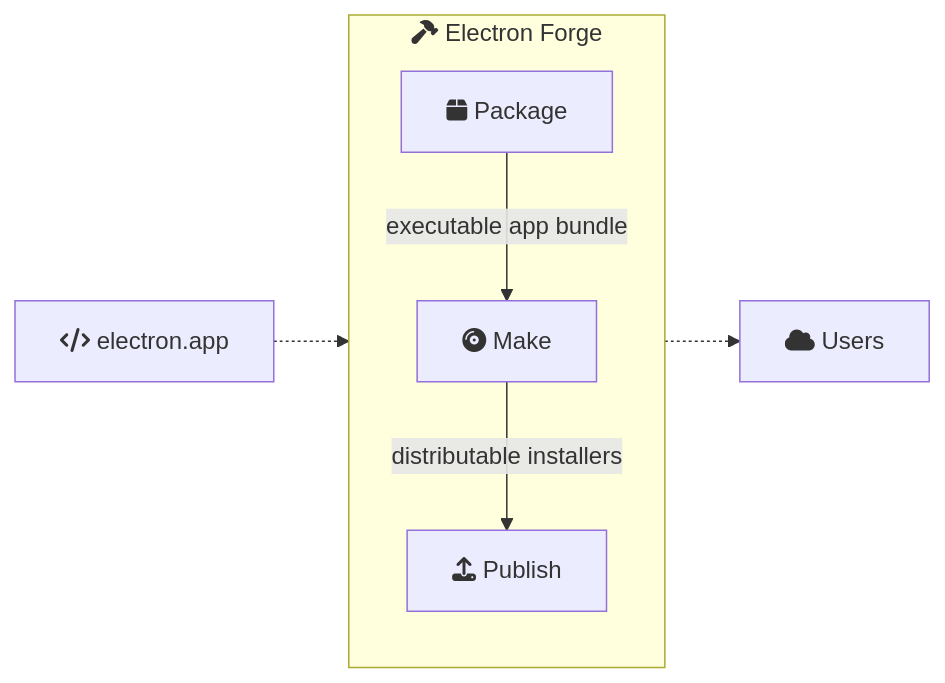
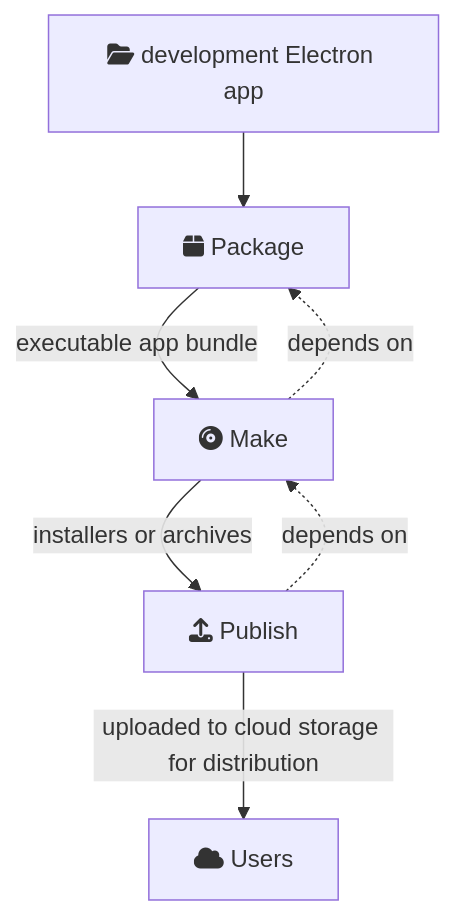
One commit to electron/forge changed the diagram in docs/core-concepts/build-lifecycle.md. Above: the diagram before and after it, drawn with Mermaid. The commit also changed 1 other file, not shown here.

Commit message:
docs: replace build lifecycle diagram image with Mermaid
Transcribes the hand-drawn build lifecycle diagram
(Untitled-2022-08-26-1442 (1).png) into the Mermaid graph in
core-concepts/build-lifecycle.md, which previously held a simplified
version of the same flow. The Mermaid version adds the artifact labels on
each edge and the dashed "depends on" edges that show the cascading build
steps, and drops the leftover GitBook `fullWidth="false"` fence attribute.

The PNG was an unreferenced draft asset, so it is deleted rather than
replaced in place.

Note that rendering this requires `@docusaurus/theme-mermaid` and
`markdown.mermaid: true` in the eventual site config.

````diff
--- a/docs/core-concepts/build-lifecycle.md
+++ b/docs/core-concepts/build-lifecycle.md
@@ -17,12 +17,9 @@
-```mermaid fullWidth="false"
-graph LR
- dev["fa:fa-code electron.app"] -.-> forge
- forge -.-> cloud
-
-subgraph forge["fa:fa-hammer Electron Forge"]
-direction TB
+```mermaid
+graph TB
+ dev["fa:fa-folder-open development Electron app"] --> package
  package["fa:fa-box Package"] -->|executable app bundle| make
- make["fa:fa-compact-disc Make"] -->|distributable installers| publish["fa:fa-upload Publish"]
-end
- cloud["fa:fa-cloud Users"]
+ make["fa:fa-compact-disc Make"] -->|installers or archives| publish
+ publish["fa:fa-upload Publish"] -->|uploaded to cloud storage for distribution| cloud["fa:fa-cloud Users"]
+ make -.->|depends on| package
+ publish -.->|depends on| make
 ```
````
